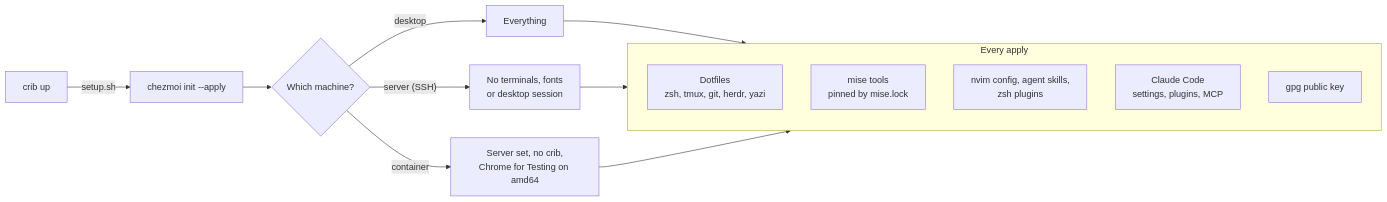
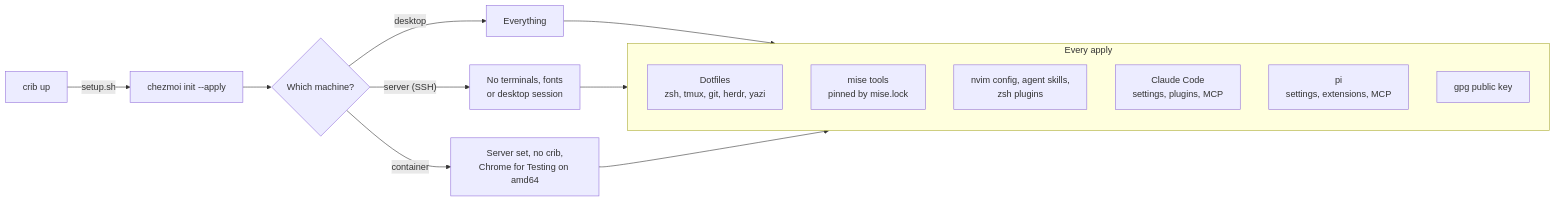
The diagram in README.md (mgajewskik/dotfiles), drawn with Mermaid before and after one commit. The commit also changed other lines of this file and 19 other files, not shown here.

````diff
--- a/README.md
+++ b/README.md
@@ -7,16 +7,17 @@
 ```mermaid
 flowchart LR
     Crib["crib up"] -->|setup.sh| Install
     Install["chezmoi init --apply"] --> Detect{"Which machine?"}
     Detect -->|desktop| Desktop["Everything"]
     Detect -->|"server (SSH)"| Server["No terminals, fonts<br/>or desktop session"]
     Detect -->|container| Container["Server set, no crib,<br/>Chrome for Testing on amd64"]
     Desktop & Server & Container --> Apply
     subgraph Apply["Every apply"]
         Dotfiles["Dotfiles<br/>zsh, tmux, git, herdr, yazi"]
         Tools["mise tools<br/>pinned by mise.lock"]
         Externals["nvim config, agent skills,<br/>zsh plugins"]
         Claude["Claude Code<br/>settings, plugins, MCP"]
+        Pi["pi<br/>settings, extensions, MCP"]
         Gpg["gpg public key"]
     end
 ```
````
